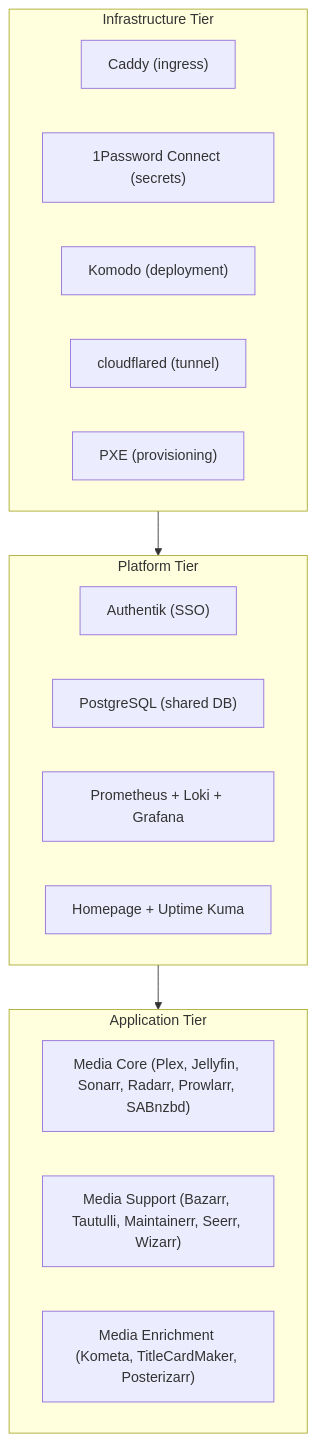
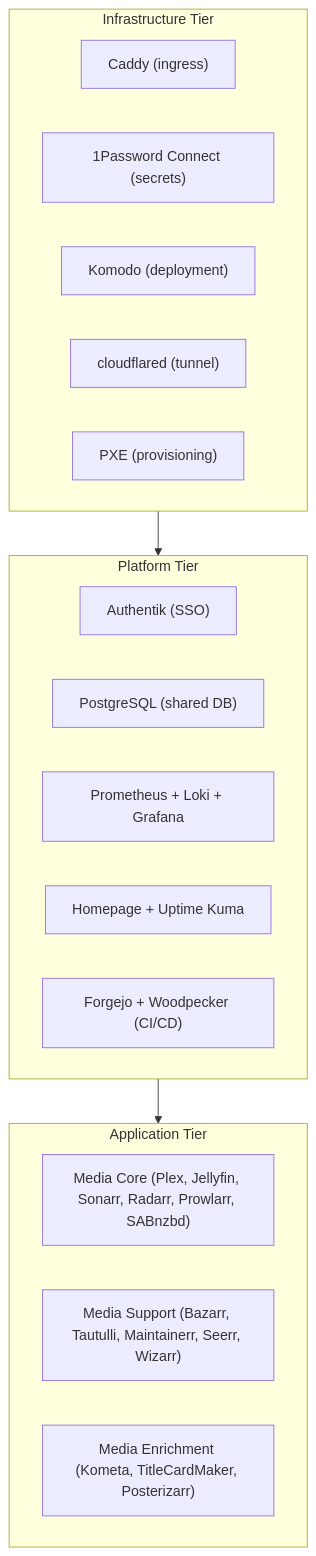
The first of 3 diagrams in docs/architecture/overview.md (cpritchett/homelab), drawn with Mermaid before and after one commit. The commit also changed other lines of this file and 7 other files, not shown here.

````diff
--- a/docs/architecture/overview.md
+++ b/docs/architecture/overview.md
@@ -9,25 +9,26 @@
 ```mermaid
 flowchart TB
     subgraph infra["Infrastructure Tier"]
         caddy["Caddy (ingress)"]
         op["1Password Connect (secrets)"]
         komodo["Komodo (deployment)"]
         cloudflared["cloudflared (tunnel)"]
         pxe["PXE (provisioning)"]
     end
 
     subgraph platform["Platform Tier"]
         authentik["Authentik (SSO)"]
         postgres["PostgreSQL (shared DB)"]
         monitoring["Prometheus + Loki + Grafana"]
         observability["Homepage + Uptime Kuma"]
+        cicd["Forgejo + Woodpecker (CI/CD)"]
     end
 
     subgraph application["Application Tier"]
         media_core["Media Core (Plex, Jellyfin, Sonarr, Radarr, Prowlarr, SABnzbd)"]
         media_support["Media Support (Bazarr, Tautulli, Maintainerr, Seerr, Wizarr)"]
         media_enrichment["Media Enrichment (Kometa, TitleCardMaker, Posterizarr)"]
     end
 
     infra --> platform --> application
 ```
````
